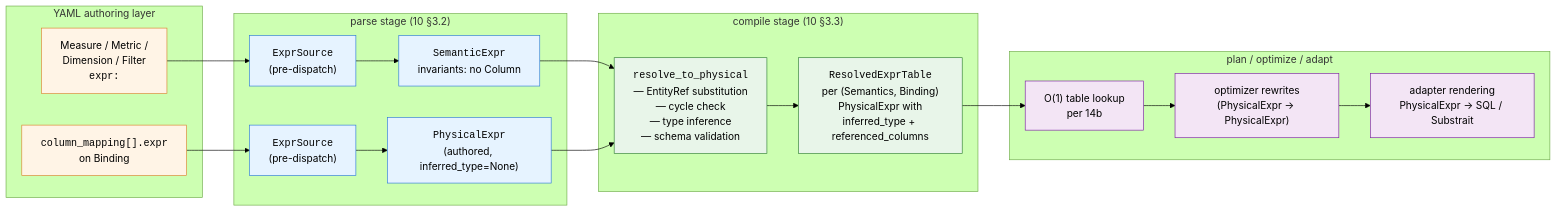
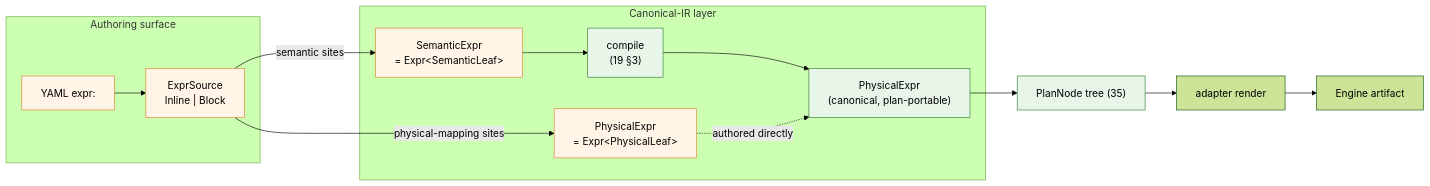
Before and after one commit to ahmetdal-funnel/semstrait: the first of 2 diagrams in docs/design/foundations/14_expressions.md, drawn with Mermaid (forest theme). The commit also changed other lines of this file and 38 other files, not shown here.

````diff
--- a/docs/design/foundations/14_expressions.md
+++ b/docs/design/foundations/14_expressions.md
@@ -162,41 +92,24 @@
 ```mermaid
 flowchart LR
-    subgraph AUTHORING["YAML authoring layer"]
-        M_EXPR["Measure / Metric /<br/>Dimension / Filter<br/><code>expr:</code>"]
-        CM_EXPR["<code>column_mapping[].expr</code><br/>on Binding"]
-    end
+  subgraph Auth [Authoring surface]
+    YAML["YAML expr:"] --> ES["ExprSource<br/>Inline | Block"]
+  end
 
-    subgraph PARSE["parse stage (10 §3.2)"]
-        ES_S["<code>ExprSource</code><br/>(pre-dispatch)"]
-        ES_P["<code>ExprSource</code><br/>(pre-dispatch)"]
-        SE["<code>SemanticExpr</code><br/>invariants: no Column"]
-        PE_AUTH["<code>PhysicalExpr</code><br/>(authored, inferred_type=None)"]
-    end
+  ES -->|semantic sites| SE["SemanticExpr<br/>= Expr&lt;SemanticLeaf&gt;"]
+  ES -->|physical-mapping sites| PE_AUTH["PhysicalExpr<br/>= Expr&lt;PhysicalLeaf&gt;"]
 
-    subgraph COMPILE["compile stage (10 §3.3)"]
-        RESOLVE["<code>resolve_to_physical</code><br/>— EntityRef substitution<br/>— cycle check<br/>— type inference<br/>— schema validation"]
-        RET["<code>ResolvedExprTable</code><br/>per (Semantics, Binding)<br/>PhysicalExpr with<br/>inferred_type + referenced_columns"]
-    end
+  subgraph Canon [Canonical-IR layer]
+    SE --> COMP["compile<br/>(19 §3)"]
+    COMP --> PE["PhysicalExpr<br/>(canonical, plan-portable)"]
+    PE_AUTH -. authored directly .-> PE
+  end
 
-    subgraph PLAN["plan / optimize / adapt"]
-        LOOKUP["O(1) table lookup<br/>per 14b"]
-        OPT["optimizer rewrites<br/>(PhysicalExpr → PhysicalExpr)"]
-        ADAPT["adapter rendering<br/>PhysicalExpr → SQL / Substrait"]
-    end
+  PE --> PN["PlanNode tree (35)"]
+  PN --> ADAPT["adapter render"]
+  ADAPT --> ART["Engine artifact"]
 
-    M_EXPR --> ES_S --> SE
-    CM_EXPR --> ES_P --> PE_AUTH
-    SE --> RESOLVE
-    PE_AUTH --> RESOLVE
-    RESOLVE --> RET
-    RET --> LOOKUP --> OPT --> ADAPT
-
-    classDef authoring fill:#fff4e6,stroke:#d9822b
-    classDef parse fill:#e6f3ff,stroke:#2b78d9
-    classDef compile fill:#e8f5e9,stroke:#2e7d32
-    classDef plan fill:#f3e5f5,stroke:#7b1fa2
-    class M_EXPR,CM_EXPR authoring
-    class ES_S,ES_P,SE,PE_AUTH parse
-    class RESOLVE,RET compile
-    class LOOKUP,OPT,ADAPT plan
+  classDef auth fill:#fff4e6,stroke:#d9822b
+  classDef canon fill:#e8f5e9,stroke:#2e7d32
+  class YAML,ES,SE,PE_AUTH auth
+  class COMP,PE,PN canon
 ```
````
